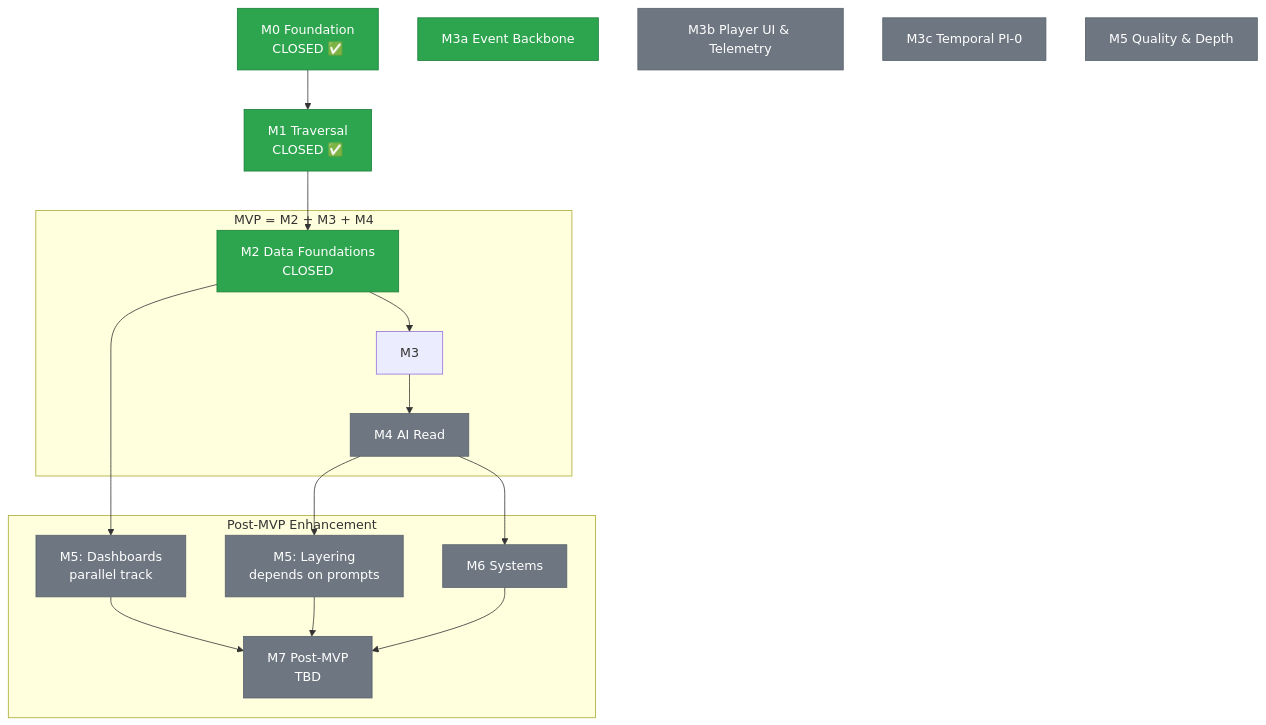
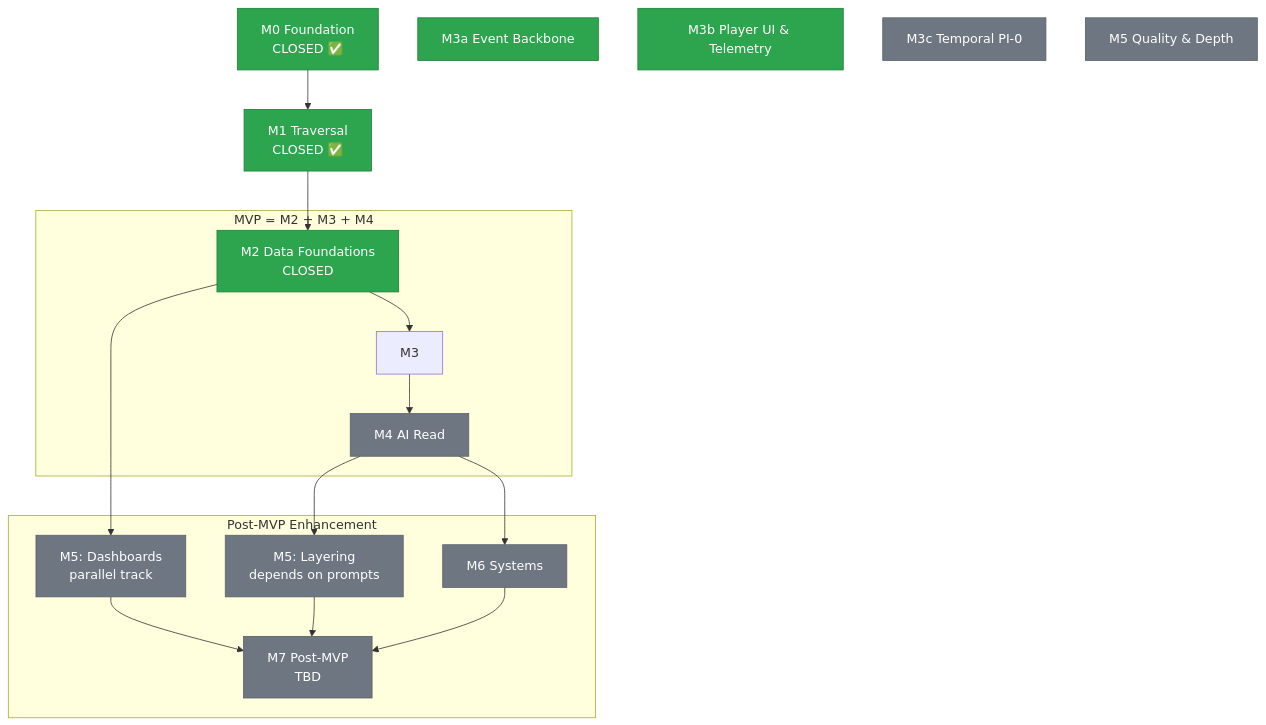
One commit to piquet-h/the-shifting-atlas changed the diagram in docs/roadmap.md. Above: the diagram before and after it, drawn with Mermaid. The commit also changed other lines of this file and 3 other files, not shown here.

First line of the commit message:
Update milestone statuses and roadmap details

````diff
--- a/docs/roadmap.md
+++ b/docs/roadmap.md
@@ -27,44 +27,44 @@
 ```mermaid
 graph TD
     M0[M0 Foundation<br/>CLOSED ✅]
     M1[M1 Traversal<br/>CLOSED ✅]
     M2[M2 Data Foundations<br/>CLOSED]
     M3a[M3a Event Backbone]
     M3b[M3b Player UI & Telemetry]
     M3c[M3c Temporal PI-0]
     M4[M4 AI Read]
     M5[M5 Quality & Depth]
     M6[M6 Systems]
     M7[M7 Post-MVP<br/>TBD]
 
     M0 --> M1
     M1 --> M2
     M2 --> M3
     M2 --> M5A[M5: Dashboards<br/>parallel track]
     M3 --> M4
     M4 --> M5B[M5: Layering<br/>depends on prompts]
     M4 --> M6
     M5A --> M7
     M5B --> M7
     M6 --> M7
 
     classDef closed fill:#2da44e,stroke:#1a7f37,color:#fff
     classDef active fill:#fb8500,stroke:#d67000,color:#fff
     classDef future fill:#6e7781,stroke:#57606a,color:#fff
 
-    class M0,M1,M2,M3a closed
-    class M3b,M3c,M4,M5,M6,M7,M5A,M5B future
+    class M0,M1,M2,M3a,M3b closed
+    class M3c,M4,M5,M6,M7,M5A,M5B future
 
     subgraph MVP["MVP = M2 + M3 + M4"]
         M2
         M3
         M4
     end
 
     subgraph POST["Post-MVP Enhancement"]
         M5A
         M5B
         M6
         M7
     end
 ```
````
